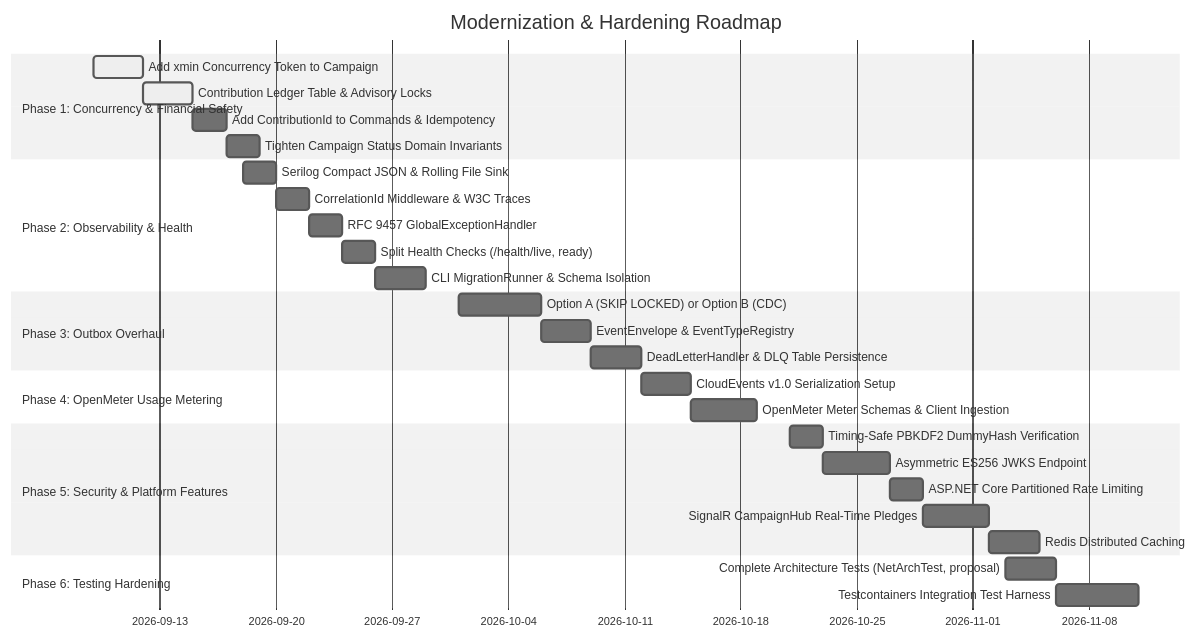
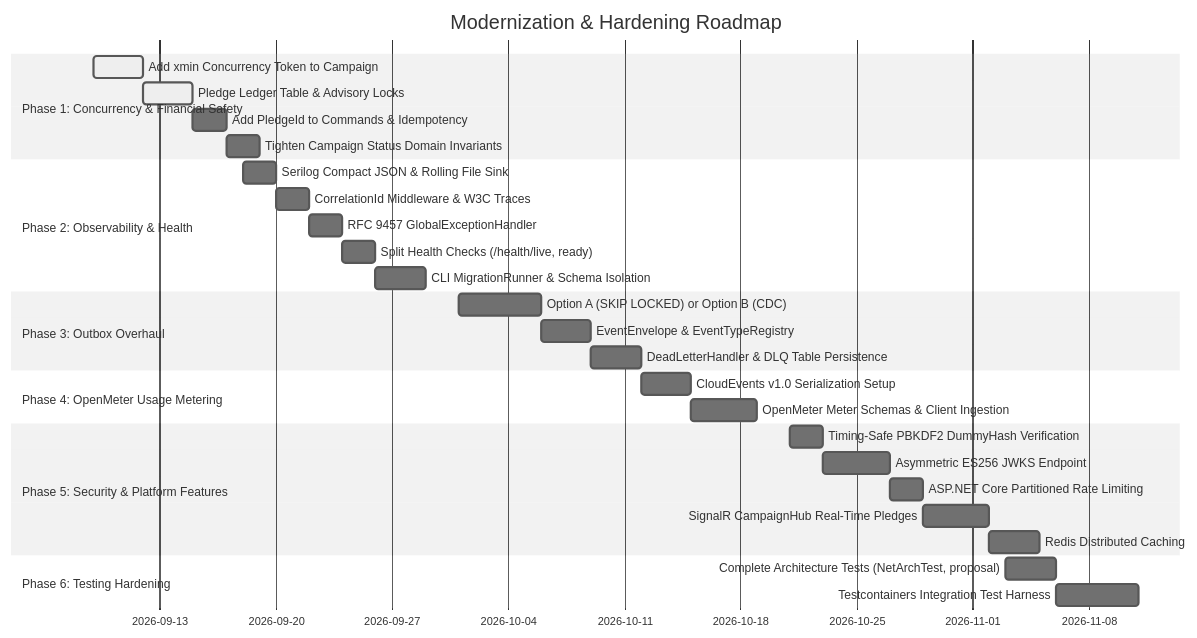
The fourth of 4 diagrams in improvement.md (maysamgamini/crowdfundinghub), drawn with Mermaid (neutral theme) before and after one commit. The commit also changed other lines of this file and 571 other files, not shown here.

First line of the commit message:
refactor: use the course vocabulary, pledge and backer, where the code said contribution and contributor

````diff
--- a/improvement.md
+++ b/improvement.md
@@ -1252,32 +1252,32 @@
 ```mermaid
 gantt
     title Modernization & Hardening Roadmap
     dateFormat  YYYY-MM-DD
     section Phase 1: Concurrency & Financial Safety
     Add xmin Concurrency Token to Campaign       :active, p1_1, 2026-09-09, 3d
-    Contribution Ledger Table & Advisory Locks  :active, p1_2, after p1_1, 3d
-    Add ContributionId to Commands & Idempotency:p1_3, after p1_2, 2d
+    Pledge Ledger Table & Advisory Locks  :active, p1_2, after p1_1, 3d
+    Add PledgeId to Commands & Idempotency:p1_3, after p1_2, 2d
     Tighten Campaign Status Domain Invariants   :p1_4, after p1_3, 2d
     section Phase 2: Observability & Health
     Serilog Compact JSON & Rolling File Sink    :p2_1, 2026-09-18, 2d
     CorrelationId Middleware & W3C Traces       :p2_2, after p2_1, 2d
     RFC 9457 GlobalExceptionHandler             :p2_3, after p2_2, 2d
     Split Health Checks (/health/live, ready)   :p2_4, after p2_3, 2d
     CLI MigrationRunner & Schema Isolation      :p2_5, after p2_4, 3d
     section Phase 3: Outbox Overhaul
     Option A (SKIP LOCKED) or Option B (CDC)    :p3_1, 2026-10-01, 5d
     EventEnvelope & EventTypeRegistry           :p3_2, after p3_1, 3d
     DeadLetterHandler & DLQ Table Persistence   :p3_3, after p3_2, 3d
     section Phase 4: OpenMeter Usage Metering
     CloudEvents v1.0 Serialization Setup        :p4_1, 2026-10-12, 3d
     OpenMeter Meter Schemas & Client Ingestion  :p4_2, after p4_1, 4d
     section Phase 5: Security & Platform Features
     Timing-Safe PBKDF2 DummyHash Verification   :p5_1, 2026-10-21, 2d
     Asymmetric ES256 JWKS Endpoint              :p5_2, after p5_1, 4d
     ASP.NET Core Partitioned Rate Limiting      :p5_3, after p5_2, 2d
     SignalR CampaignHub Real-Time Pledges       :p5_4, after p5_3, 4d
     Redis Distributed Caching                   :p5_5, after p5_4, 3d
     section Phase 6: Testing Hardening
     Complete Architecture Tests (NetArchTest, proposal)  :p6_1, 2026-11-03, 3d
     Testcontainers Integration Test Harness     :p6_2, after p6_1, 5d
 ```
````
